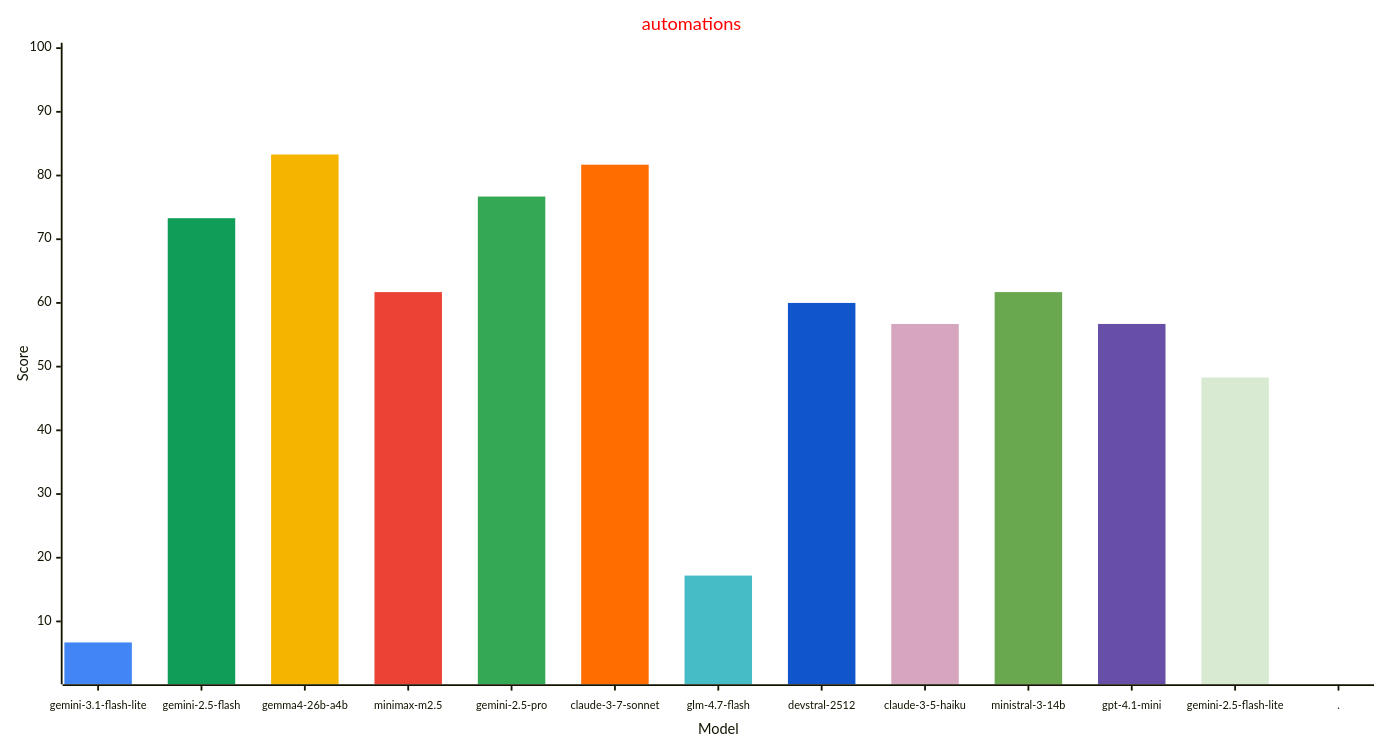
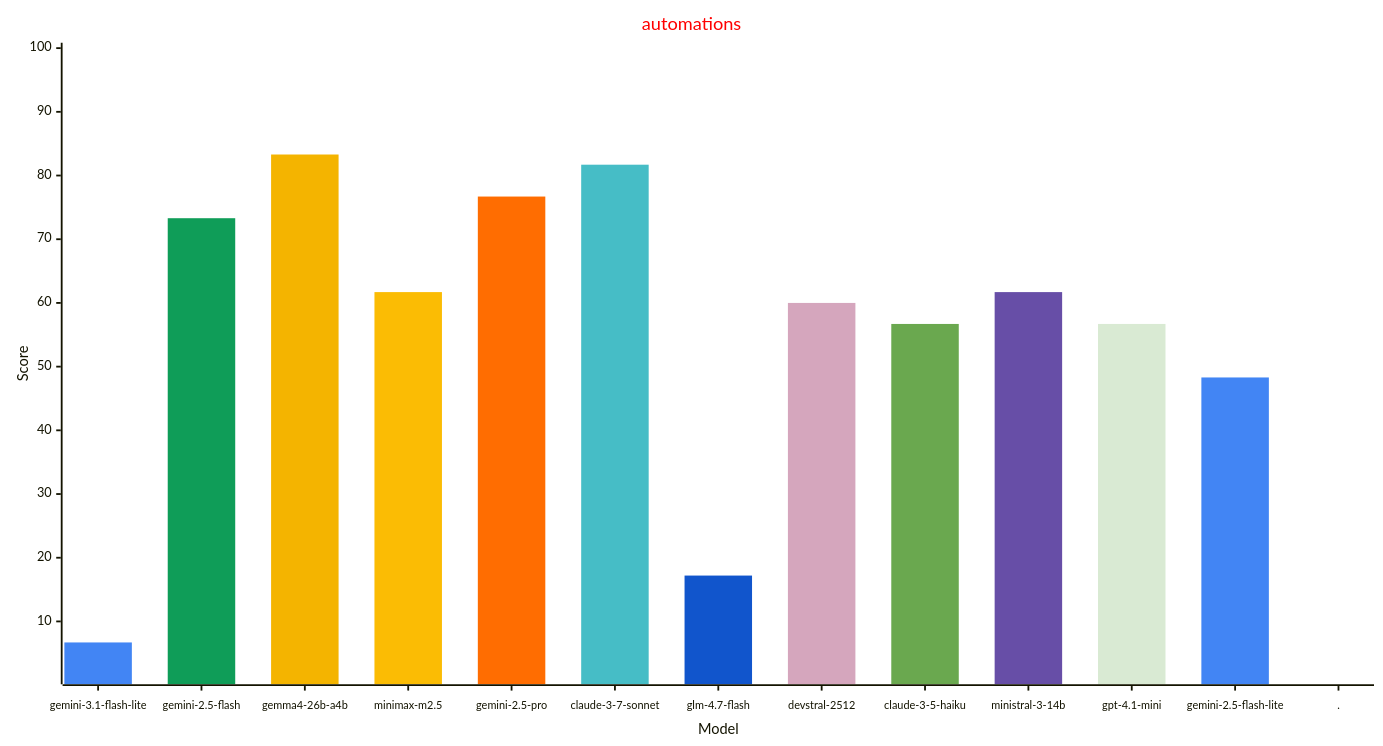
Before and after one commit to allenporter/home-assistant-datasets: the fourth of 4 diagrams in reports/README.md, drawn with Mermaid. The commit also changed other lines of this file and 1 other file, not shown here.

````diff
--- a/reports/README.md
+++ b/reports/README.md
@@ -221,33 +221,33 @@
 ```mermaid
 ---
 config:
     xyChart:
         width: 1500
         height: 800
         xAxis:
           labelFontSize: 12
           labelPadding: 8
     themeVariables:
         xyChart:
             titleColor: "#ff0000"
-            plotColorPalette: "#4285f4, #0f9d58, #f4b400, #ea4335, #34a853, #ff6d01, #46bdc6, #1155cc, #d5a6bd, #6aa84f, #674ea7, #d9ead3, #4285f4"
+            plotColorPalette: "#4285f4, #0f9d58, #f4b400, #fbbc04, #ff6d01, #46bdc6, #1155cc, #d5a6bd, #6aa84f, #674ea7, #d9ead3, #4285f4, #4285f4"
 
 ---
 xychart-beta
   title "automations"
   x-axis "Model" [gemini-3.1-flash-lite, gemini-2.5-flash, gemma4-26b-a4b, minimax-m2.5, gemini-2.5-pro, claude-3-7-sonnet, glm-4.7-flash, devstral-2512, claude-3-5-haiku, ministral-3-14b, gpt-4.1-mini, gemini-2.5-flash-lite, .]
   y-axis "Score" 1 --> 100
   bar [6.7, 0.0, 0.0, 0.0, 0.0, 0.0, 0.0, 0.0, 0.0, 0.0, 0.0, 0.0, 0.0]
   bar [0.0, 73.3, 0.0, 0.0, 0.0, 0.0, 0.0, 0.0, 0.0, 0.0, 0.0, 0.0, 0.0]
   bar [0.0, 0.0, 83.3, 0.0, 0.0, 0.0, 0.0, 0.0, 0.0, 0.0, 0.0, 0.0, 0.0]
   bar [0.0, 0.0, 0.0, 61.7, 0.0, 0.0, 0.0, 0.0, 0.0, 0.0, 0.0, 0.0, 0.0]
   bar [0.0, 0.0, 0.0, 0.0, 76.7, 0.0, 0.0, 0.0, 0.0, 0.0, 0.0, 0.0, 0.0]
   bar [0.0, 0.0, 0.0, 0.0, 0.0, 81.7, 0.0, 0.0, 0.0, 0.0, 0.0, 0.0, 0.0]
   bar [0.0, 0.0, 0.0, 0.0, 0.0, 0.0, 17.2, 0.0, 0.0, 0.0, 0.0, 0.0, 0.0]
   bar [0.0, 0.0, 0.0, 0.0, 0.0, 0.0, 0.0, 60.0, 0.0, 0.0, 0.0, 0.0, 0.0]
   bar [0.0, 0.0, 0.0, 0.0, 0.0, 0.0, 0.0, 0.0, 56.7, 0.0, 0.0, 0.0, 0.0]
   bar [0.0, 0.0, 0.0, 0.0, 0.0, 0.0, 0.0, 0.0, 0.0, 61.7, 0.0, 0.0, 0.0]
   bar [0.0, 0.0, 0.0, 0.0, 0.0, 0.0, 0.0, 0.0, 0.0, 0.0, 56.7, 0.0, 0.0]
   bar [0.0, 0.0, 0.0, 0.0, 0.0, 0.0, 0.0, 0.0, 0.0, 0.0, 0.0, 48.3, 0.0]
   bar [0.0, 0.0, 0.0, 0.0, 0.0, 0.0, 0.0, 0.0, 0.0, 0.0, 0.0, 0.0, -1.0]
 ```
````
